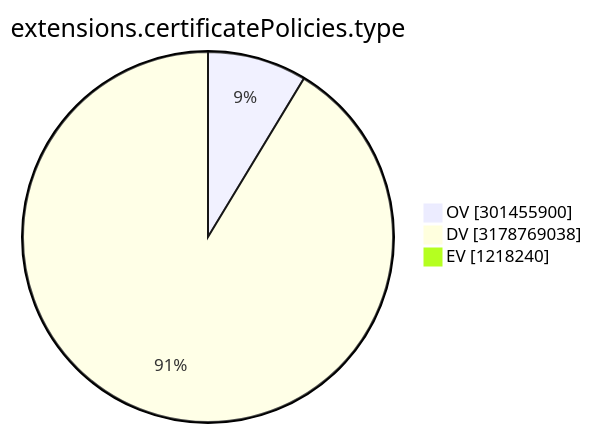
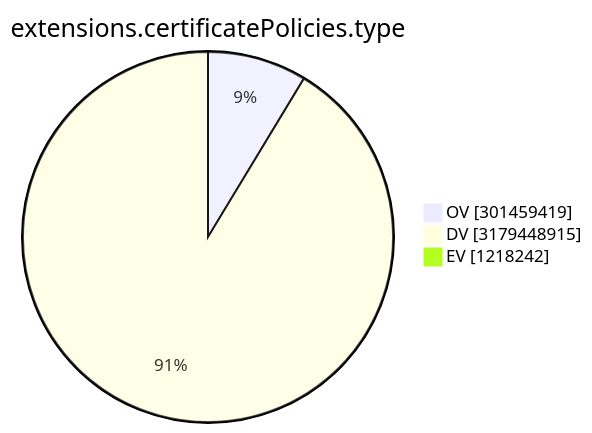
One commit to christiankrug/ctmonitor_visualization changed the ninth of 15 diagrams in TOTAL/README.md. Above: the diagram before and after it, drawn with Mermaid. The commit also changed other lines of this file, not shown here.

````diff
--- a/TOTAL/README.md
+++ b/TOTAL/README.md
@@ -3106,7 +3106,7 @@
 ```mermaid
 pie showData
 title extensions.certificatePolicies.type
-"OV" :301455900
-"DV" :3178769038
-"EV" :1218240
+"OV" :301459419
+"DV" :3179448915
+"EV" :1218242
 ```
````
